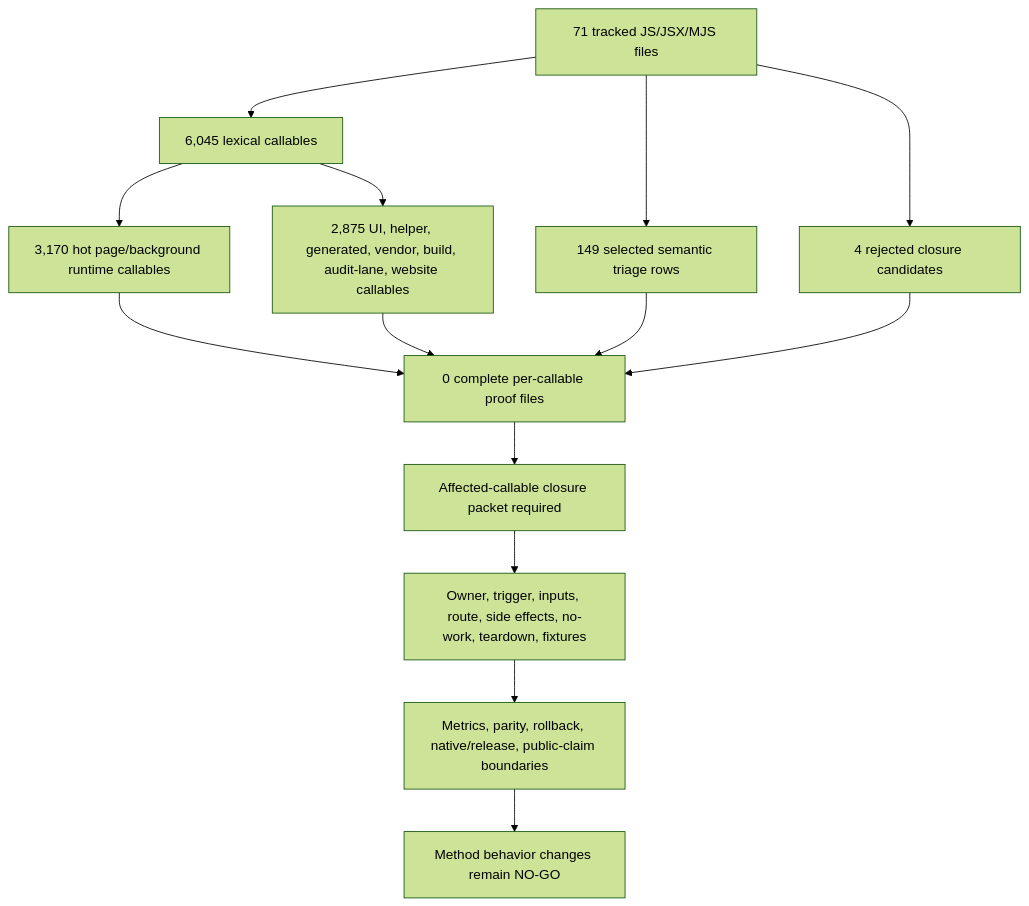
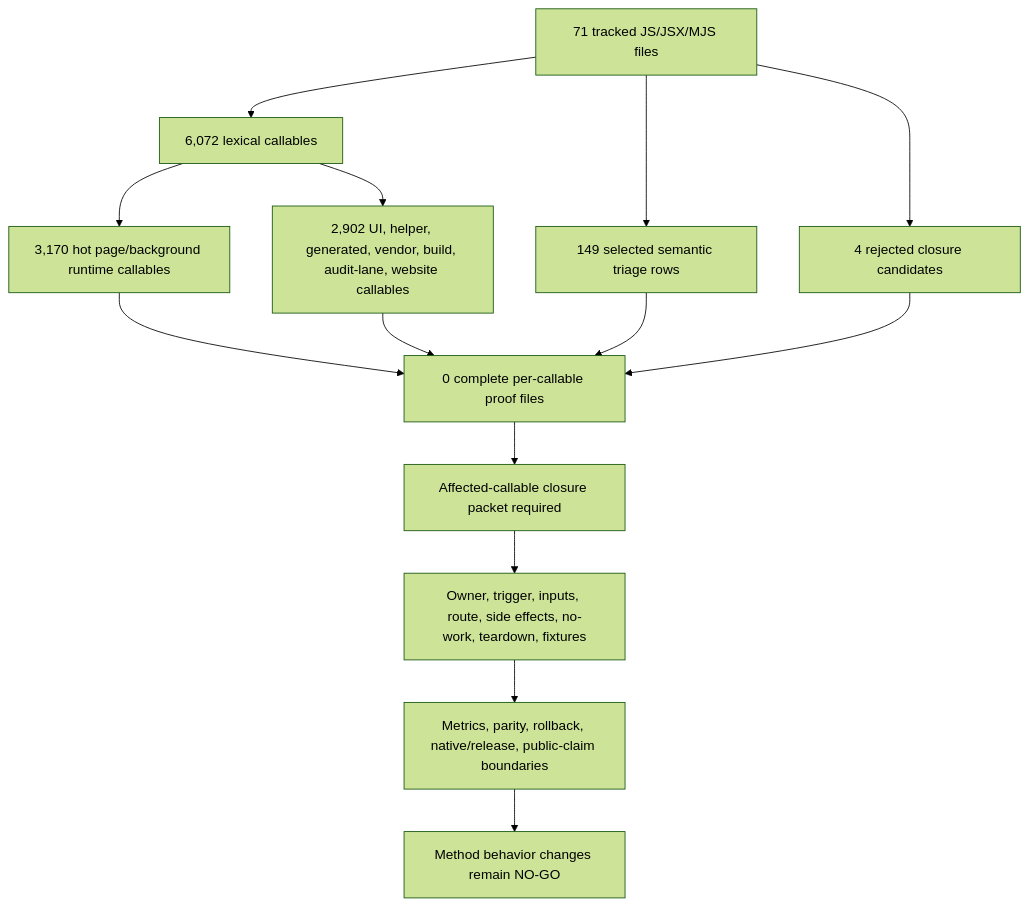
Before and after one commit to varshneydevansh/FilterTube: the first of 2 diagrams in docs/audit/FILTERTUBE_METHOD_SEMANTIC_PROOF_GAP_INDEX_CURRENT_BEHAVIOR_2026-05-25.md, drawn with Mermaid (forest theme). The commit also changed other lines of this file and 67 other files, not shown here.

````diff
--- a/docs/audit/FILTERTUBE_METHOD_SEMANTIC_PROOF_GAP_INDEX_CURRENT_BEHAVIOR_2026-05-25.md
+++ b/docs/audit/FILTERTUBE_METHOD_SEMANTIC_PROOF_GAP_INDEX_CURRENT_BEHAVIOR_2026-05-25.md
@@ -147,16 +147,16 @@
 ```mermaid
 flowchart TD
-  A["71 tracked JS/JSX/MJS files"] --> B["6,045 lexical callables"]
+  A["71 tracked JS/JSX/MJS files"] --> B["6,072 lexical callables"]
   B --> C["3,170 hot page/background runtime callables"]
-  B --> D["2,875 UI, helper, generated, vendor, build, audit-lane, website callables"]
+  B --> D["2,902 UI, helper, generated, vendor, build, audit-lane, website callables"]
   A --> E["149 selected semantic triage rows"]
   A --> F["4 rejected closure candidates"]
   C --> G["0 complete per-callable proof files"]
   D --> G
   E --> G
   F --> G
   G --> H["Affected-callable closure packet required"]
   H --> I["Owner, trigger, inputs, route, side effects, no-work, teardown, fixtures"]
   I --> J["Metrics, parity, rollback, native/release, public-claim boundaries"]
   J --> K["Method behavior changes remain NO-GO"]
 ```
````
